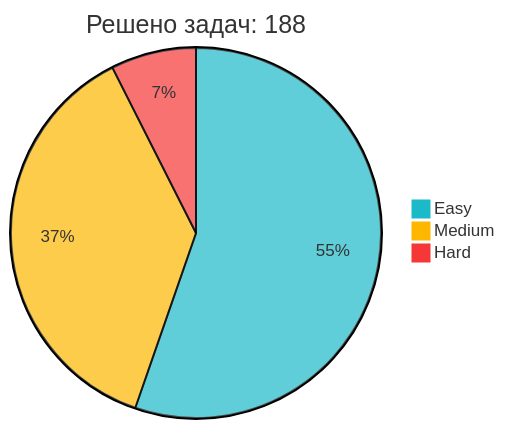
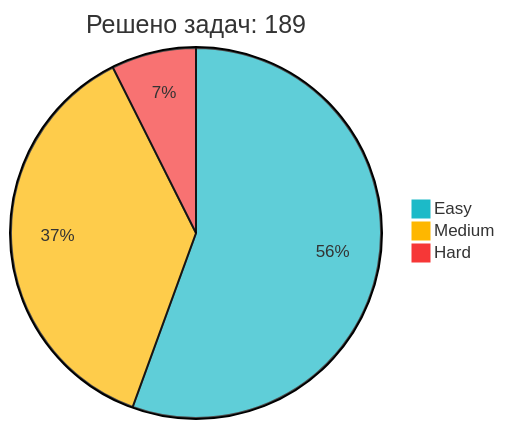
Before and after one commit to IliaKurdukov/IliaKurdukov: the diagram in README.md, drawn with Mermaid. The commit also changed other lines of this file, not shown here.

Commit message:
📈 Обновление статистики LeetCode

````diff
--- a/README.md
+++ b/README.md
@@ -51,7 +51,7 @@
 ```mermaid
 %%{init: {'theme': 'base', 'themeVariables': { 'pie1': '#1CBAC8', 'pie2': '#FEB700', 'pie3': '#F63737' }, 'config': {'width': 300, 'height': 200}}}%%
-pie title Решено задач: 188
-   "Easy" : 104
+pie title Решено задач: 189
+   "Easy" : 105
    "Medium" : 70
    "Hard" : 14
 ```
````
